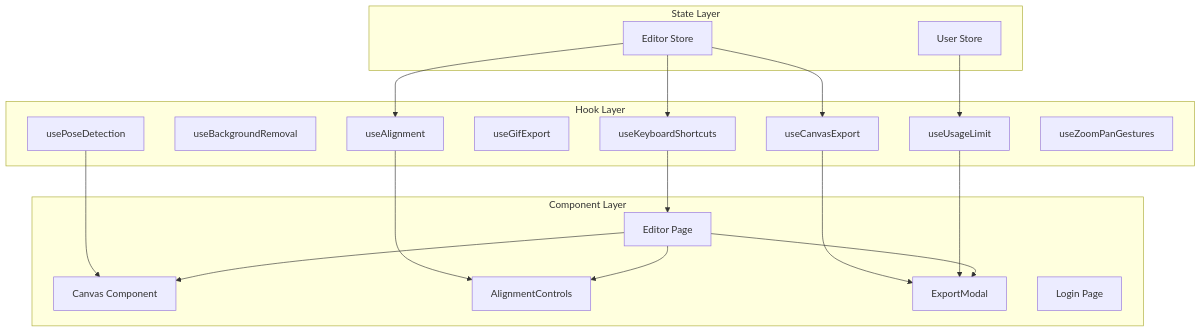
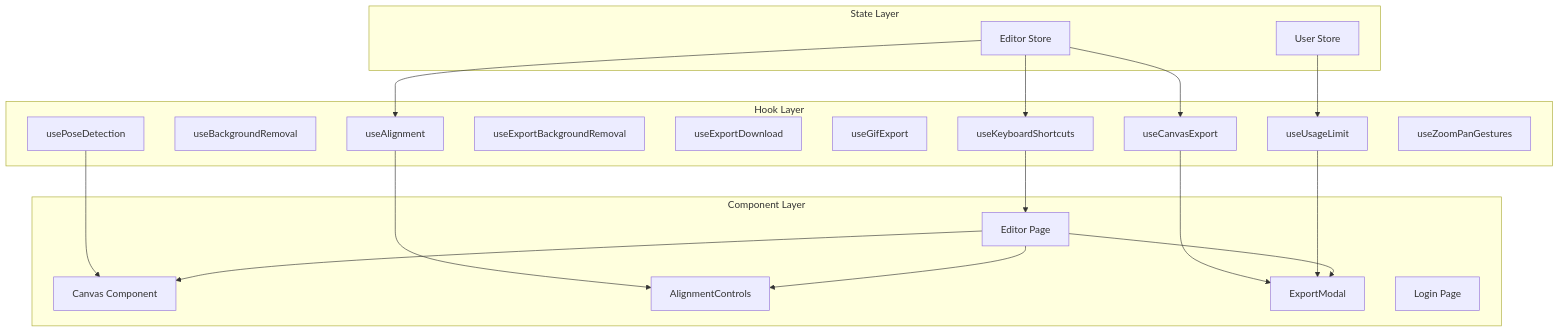
The first of 7 diagrams in docs/architecture/how-state-management-works.md (rickydwilson-dcs/svolta), drawn with Mermaid before and after one commit. The commit also changed other lines of this file and 6 other files, not shown here.

````diff
--- a/docs/architecture/how-state-management-works.md
+++ b/docs/architecture/how-state-management-works.md
@@ -58,41 +62,43 @@
 ```mermaid
 graph TB
     subgraph "State Layer"
         ES[Editor Store]
         US[User Store]
     end
 
     subgraph "Hook Layer"
         UA[useAlignment]
         UBR[useBackgroundRemoval]
         UCE[useCanvasExport]
+        UEBR[useExportBackgroundRemoval]
+        UED[useExportDownload]
         UGE[useGifExport]
         UKS[useKeyboardShortcuts]
         UPD[usePoseDetection]
         UUL[useUsageLimit]
         UZP[useZoomPanGestures]
     end
 
     subgraph "Component Layer"
         Editor[Editor Page]
         Canvas[Canvas Component]
         Controls[AlignmentControls]
         Export[ExportModal]
         Login[Login Page]
     end
 
     ES --> UA
     ES --> UCE
     ES --> UKS
     US --> UUL
 
     UA --> Controls
     UCE --> Export
     UKS --> Editor
     UPD --> Canvas
     UUL --> Export
 
     Editor --> Canvas
     Editor --> Controls
     Editor --> Export
 ```
````
